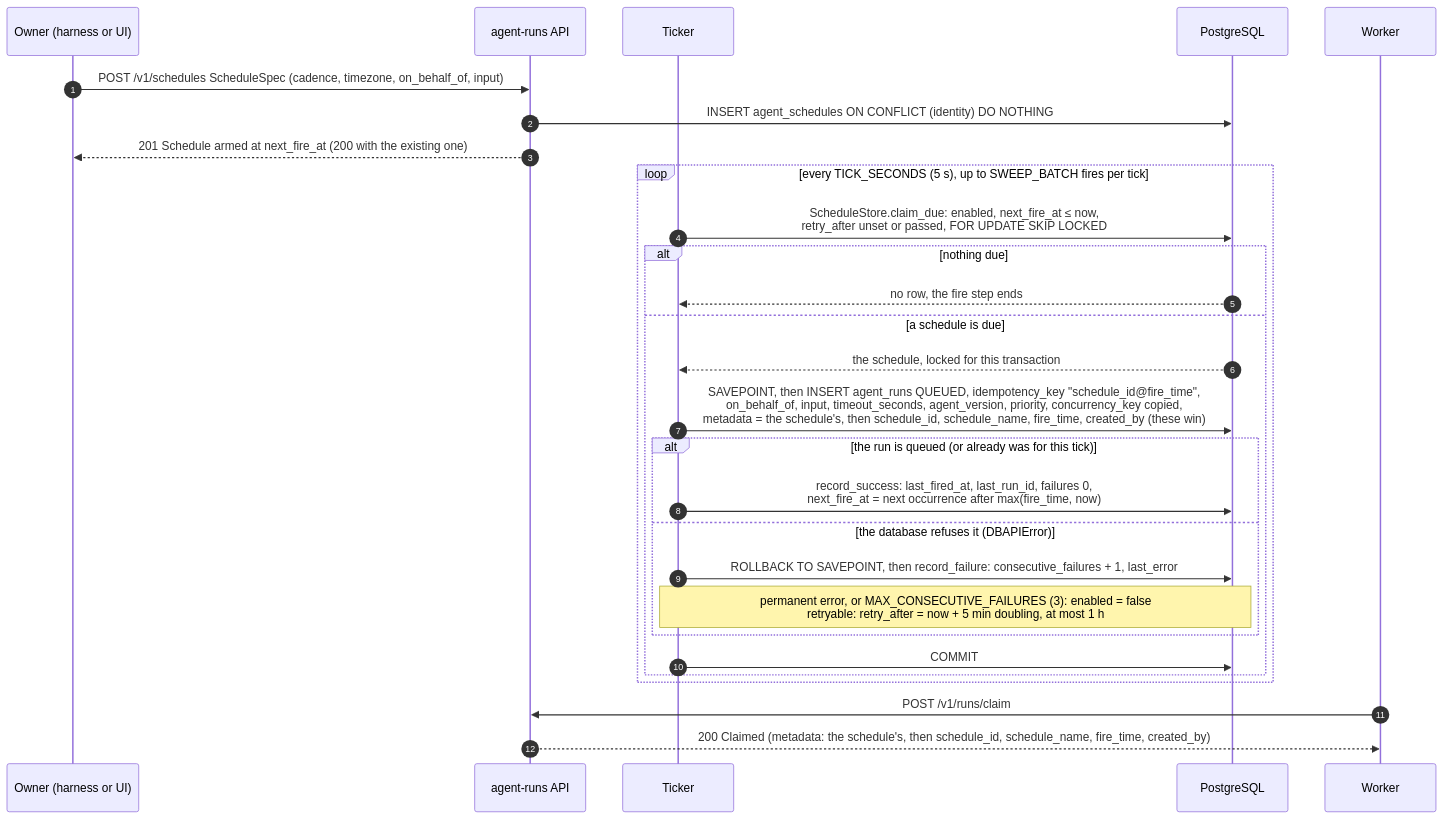
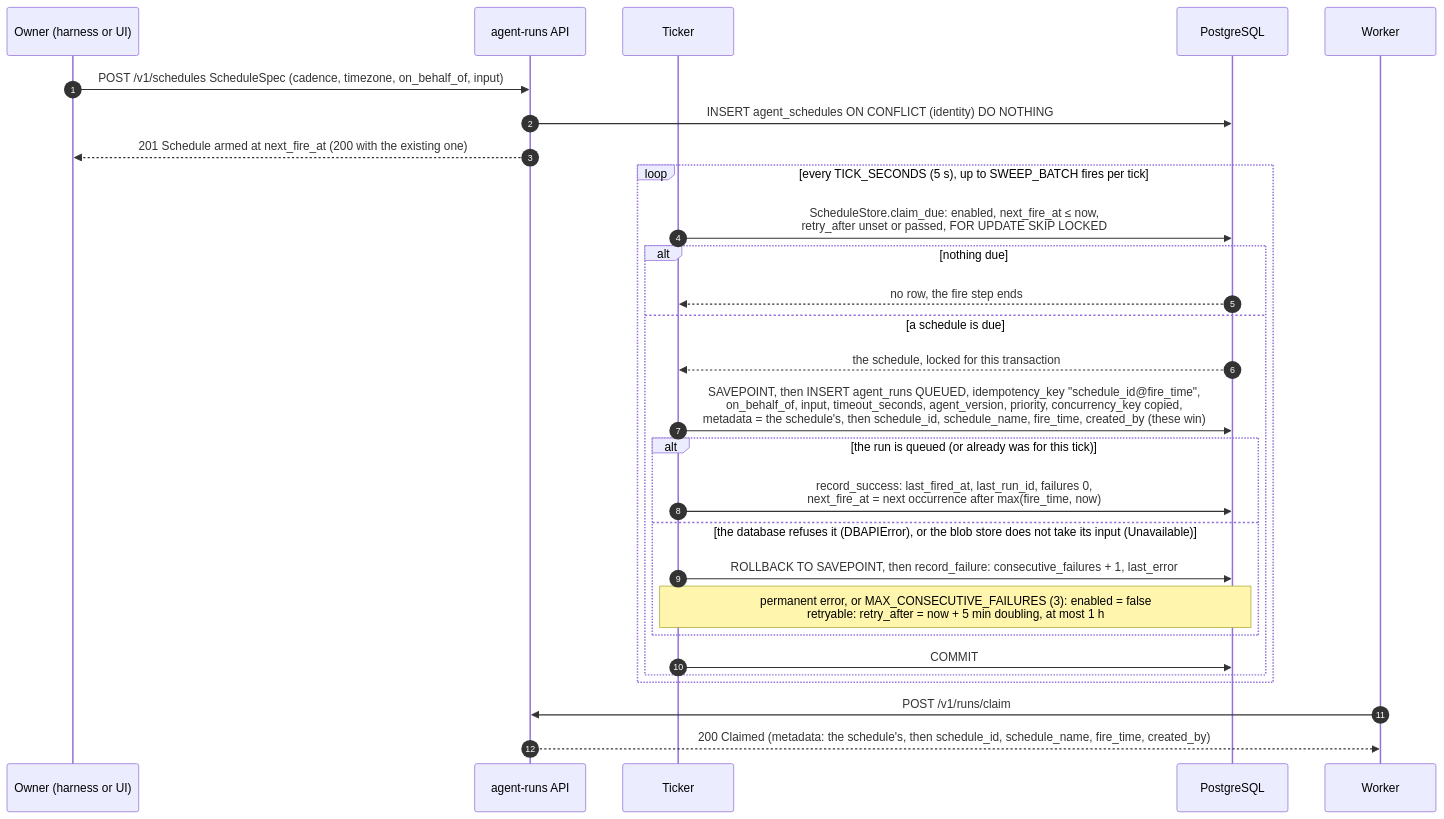
The eighth of 11 diagrams in docs/ARCHITECTURE.md (amitmohapatra/agent-runs), drawn with Mermaid before and after one commit. The commit also changed 3 other files, not shown here.

First line of the commit message:
Firing: a blob-store failure is a failed fire, recorded on the schedule

````diff
--- a/docs/ARCHITECTURE.md
+++ b/docs/ARCHITECTURE.md
@@ -468,33 +468,33 @@
 ```mermaid
 sequenceDiagram
   autonumber
   participant O as Owner (harness or UI)
   participant A as agent-runs API
   participant T as Ticker
   participant DB as PostgreSQL
   participant W as Worker
 
   O->>A: POST /v1/schedules ScheduleSpec (cadence, timezone, on_behalf_of, input)
   A->>DB: INSERT agent_schedules ON CONFLICT (identity) DO NOTHING
   A-->>O: 201 Schedule armed at next_fire_at (200 with the existing one)
 
   loop every TICK_SECONDS (5 s), up to SWEEP_BATCH fires per tick
     T->>DB: ScheduleStore.claim_due: enabled, next_fire_at ≤ now,<br/>retry_after unset or passed, FOR UPDATE SKIP LOCKED
     alt nothing due
       DB-->>T: no row, the fire step ends
     else a schedule is due
       DB-->>T: the schedule, locked for this transaction
       T->>DB: SAVEPOINT, then INSERT agent_runs QUEUED, idempotency_key "schedule_id@fire_time",<br/>on_behalf_of, input, timeout_seconds, agent_version, priority, concurrency_key copied,<br/>metadata = the schedule's, then schedule_id, schedule_name, fire_time, created_by (these win)
       alt the run is queued (or already was for this tick)
         T->>DB: record_success: last_fired_at, last_run_id, failures 0,<br/>next_fire_at = next occurrence after max(fire_time, now)
-      else the database refuses it (DBAPIError)
+      else the database refuses it (DBAPIError), or the blob store does not take its input (Unavailable)
         T->>DB: ROLLBACK TO SAVEPOINT, then record_failure: consecutive_failures + 1, last_error
         Note over T,DB: permanent error, or MAX_CONSECUTIVE_FAILURES (3): enabled = false<br/>retryable: retry_after = now + 5 min doubling, at most 1 h
       end
       T->>DB: COMMIT
     end
   end
 
   W->>A: POST /v1/runs/claim
   A-->>W: 200 Claimed (metadata: the schedule's, then schedule_id, schedule_name, fire_time, created_by)
 ```
````
